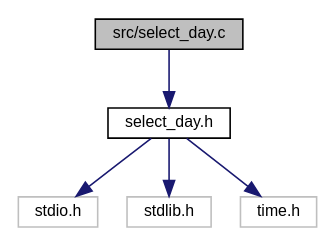
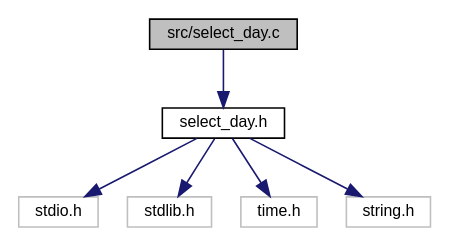
One commit to SebastienKovacs/tiny-todo changed the diagram in docs/rtf/select__day_8c__incl.dot. Above: the diagram before and after it, drawn with Graphviz. The commit also changed 93 other files, not shown here.

```diff
--- a/docs/rtf/select__day_8c__incl.dot
+++ b/docs/rtf/select__day_8c__incl.dot
@@ -1,14 +1,16 @@
 digraph "src/select_day.c"
 {
   edge [fontname="Helvetica",fontsize="10",labelfontname="Helvetica",labelfontsize="10"];
   node [fontname="Helvetica",fontsize="10",shape=record];
   Node0 [label="src/select_day.c",height=0.2,width=0.4,color="black", fillcolor="grey75", style="filled", fontcolor="black"];
   Node0 -> Node1 [color="midnightblue",fontsize="10",style="solid",fontname="Helvetica"];
   Node1 [label="select_day.h",height=0.2,width=0.4,color="black", fillcolor="white", style="filled",URL="$select__day_8h.html"];
   Node1 -> Node2 [color="midnightblue",fontsize="10",style="solid",fontname="Helvetica"];
   Node2 [label="stdio.h",height=0.2,width=0.4,color="grey75", fillcolor="white", style="filled"];
   Node1 -> Node3 [color="midnightblue",fontsize="10",style="solid",fontname="Helvetica"];
   Node3 [label="stdlib.h",height=0.2,width=0.4,color="grey75", fillcolor="white", style="filled"];
   Node1 -> Node4 [color="midnightblue",fontsize="10",style="solid",fontname="Helvetica"];
   Node4 [label="time.h",height=0.2,width=0.4,color="grey75", fillcolor="white", style="filled"];
+  Node1 -> Node5 [color="midnightblue",fontsize="10",style="solid",fontname="Helvetica"];
+  Node5 [label="string.h",height=0.2,width=0.4,color="grey75", fillcolor="white", style="filled"];
 }
```
